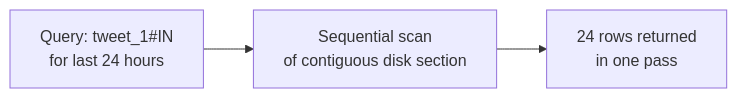
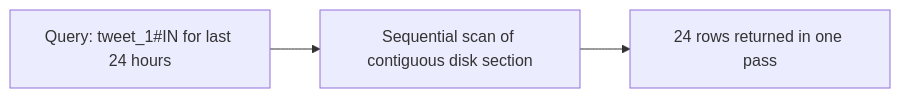
One commit to Dummy-Bug/system-design-handbook changed the third of 3 diagrams in System Design/06-Storage-and-Databases/11-Column-Family/03-Column-Families-And-Row-Keys.md. Above: the diagram before and after it, drawn with Mermaid. The commit also changed 30 other files, not shown here.

````diff
--- a/System Design/06-Storage-and-Databases/11-Column-Family/03-Column-Families-And-Row-Keys.md
+++ b/System Design/06-Storage-and-Databases/11-Column-Family/03-Column-Families-And-Row-Keys.md
@@ -97,5 +97,5 @@
 ```mermaid
 flowchart LR
-    Q["Query: tweet_1#IN\nfor last 24 hours"] --> S["Sequential scan\nof contiguous disk section"]
-    S --> R["24 rows returned\nin one pass"]
+    Q["Query: tweet_1#IN for last 24 hours"] --> S["Sequential scan of contiguous disk section"]
+    S --> R["24 rows returned in one pass"]
 ```
````
